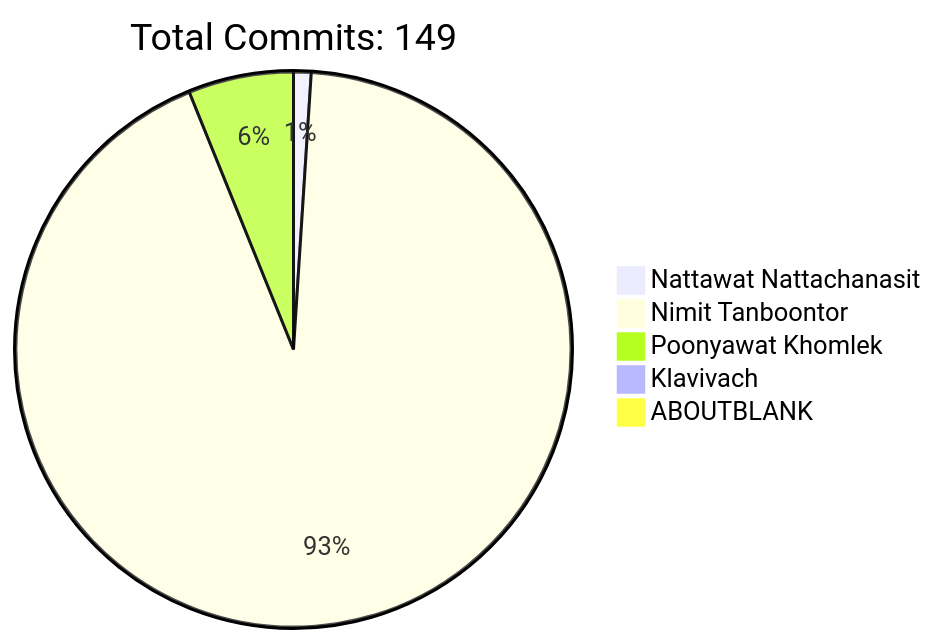
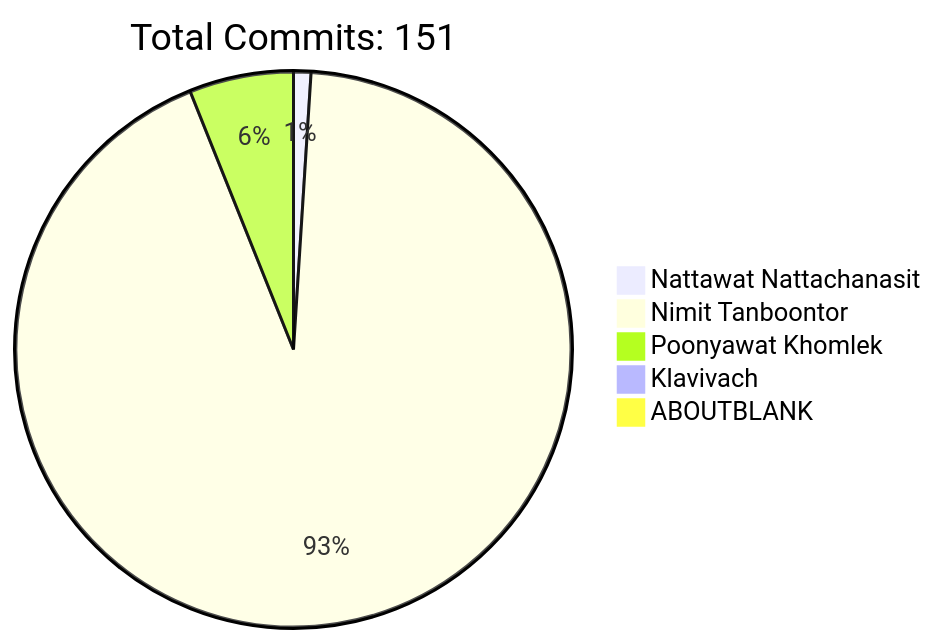
Before and after one commit to HLLC-MFU/HLLC-2025: the diagram in README.md, drawn with Mermaid. The commit also changed other lines of this file, not shown here.

````diff
--- a/README.md
+++ b/README.md
@@ -170,9 +170,9 @@
 ```mermaid
 pie
-    title Total Commits: 149
+    title Total Commits: 151
     "Nattawat Nattachanasit" : 1
-    "Nimit Tanboontor" : 91
+    "Nimit Tanboontor" : 92
     "Poonyawat Khomlek" : 6
     "Klavivach" : 0
     "ABOUTBLANK" : 0
 ```
````
